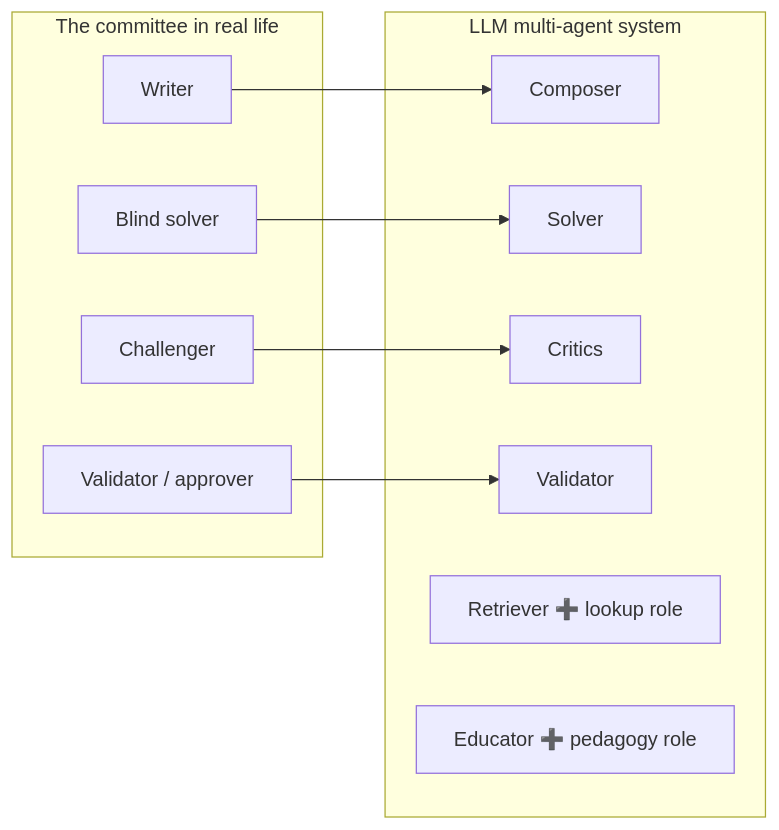
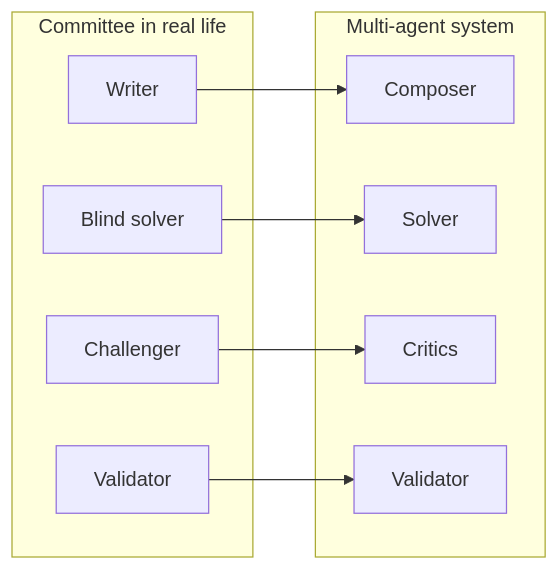
One commit to ndmhuy/ASTRA changed the fifth of 16 diagrams in docs/ct-slide-plan.en.md. Above: the diagram before and after it, drawn with Mermaid. The commit also changed other lines of this file and 1 other file, not shown here.

````diff
--- a/docs/ct-slide-plan.en.md
+++ b/docs/ct-slide-plan.en.md
@@ -289,21 +237,19 @@
 ```mermaid
 flowchart LR
-    subgraph R["The committee in real life"]
+    subgraph R["Committee in real life"]
         r1["Writer"]
         r2["Blind solver"]
         r3["Challenger"]
-        r4["Validator / approver"]
+        r4["Validator"]
     end
-    subgraph S["LLM multi-agent system"]
+    subgraph S["Multi-agent system"]
         a1["Composer"]
         a2["Solver"]
         a3["Critics"]
         a4["Validator"]
-        a5["Retriever ➕ lookup role"]
-        a6["Educator ➕ pedagogy role"]
     end
     r1 --> a1
     r2 --> a2
     r3 --> a3
     r4 --> a4
 ```
````
